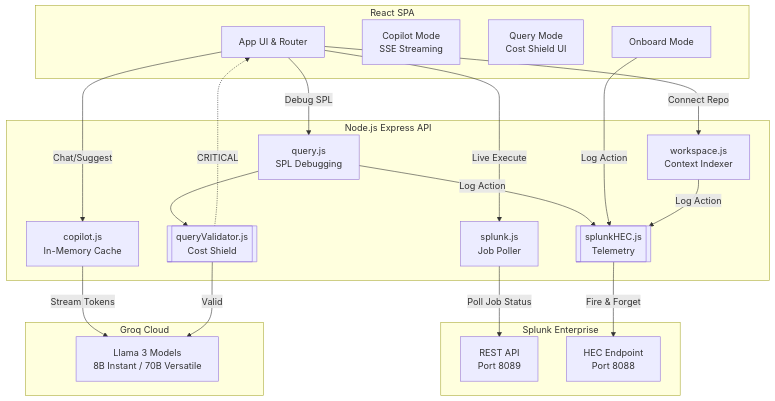
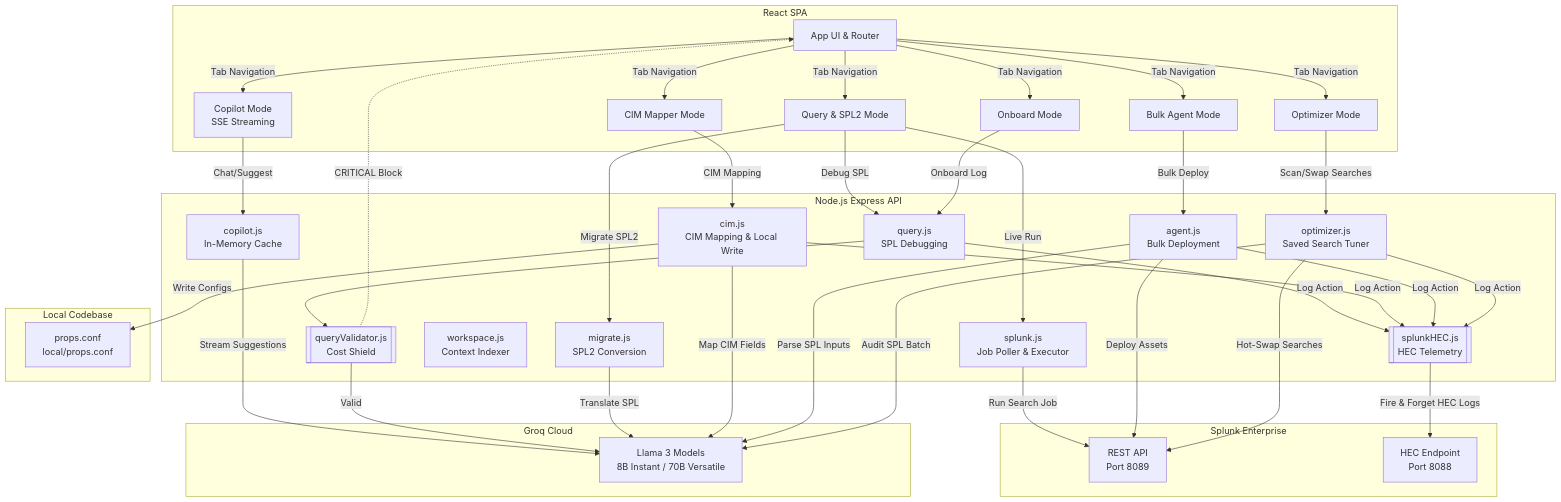
The diagram in README.md (emilmariagiby/splunk-co-dev), drawn with Mermaid before and after one commit. The commit also changed other lines of this file, not shown here.

````diff
--- a/README.md
+++ b/README.md
@@ -33,49 +41,80 @@
 ```mermaid
 graph TD
     %% Frontend Layer
     subgraph Frontend [React SPA]
         UI[App UI & Router]
         CM[Copilot Mode<br>SSE Streaming]
-        QM[Query Mode<br>Cost Shield UI]
+        QM[Query & SPL2 Mode]
         OM[Onboard Mode]
+        AM[Bulk Agent Mode]
+        OP[Optimizer Mode]
+        CIMM[CIM Mapper Mode]
     end
 
     %% Backend Layer
     subgraph Backend [Node.js Express API]
         CR[copilot.js<br>In-Memory Cache]
         QR[query.js<br>SPL Debugging]
-        SR[splunk.js<br>Job Poller]
+        MR[migrate.js<br>SPL2 Conversion]
+        CIMR[cim.js<br>CIM Mapping & Local Write]
+        AR[agent.js<br>Bulk Deployment]
+        OR[optimizer.js<br>Saved Search Tuner]
+        SR[splunk.js<br>Job Poller & Executor]
         WR[workspace.js<br>Context Indexer]
         
         QV[[queryValidator.js<br>Cost Shield]]
-        HEC[[splunkHEC.js<br>Telemetry]]
+        HEC[[splunkHEC.js<br>HEC Telemetry]]
     end
 
     %% External Systems
     subgraph External [Splunk Enterprise]
         REST[REST API<br>Port 8089]
         HECEP[HEC Endpoint<br>Port 8088]
     end
     
+    subgraph Files [Local Codebase]
+        CONF[props.conf<br>local/props.conf]
+    end
+
     subgraph AI [Groq Cloud]
         LLM[Llama 3 Models<br>8B Instant / 70B Versatile]
     end
 
     %% Connections
-    UI --> |Chat/Suggest| CR
-    UI --> |Debug SPL| QR
-    UI --> |Live Execute| SR
-    UI --> |Connect Repo| WR
+    UI --> |Tab Navigation| CM
+    UI --> |Tab Navigation| QM
+    UI --> |Tab Navigation| OM
+    UI --> |Tab Navigation| AM
+    UI --> |Tab Navigation| OP
+    UI --> |Tab Navigation| CIMM
 
-    CR --> |Stream Tokens| LLM
+    CM --> |Chat/Suggest| CR
+    QM --> |Debug SPL| QR
+    QM --> |Migrate SPL2| MR
+    OM --> |Onboard Log| QR
+    CIMM --> |CIM Mapping| CIMR
+    AM --> |Bulk Deploy| AR
+    OP --> |Scan/Swap Searches| OR
+    QM --> |Live Run| SR
+
+    CR --> |Stream Suggestions| LLM
     QR --> QV
     QV --> |Valid| LLM
-    QV -.-> |CRITICAL| UI
+    QV -.-> |CRITICAL Block| UI
+    MR --> |Translate SPL| LLM
+    CIMR --> |Map CIM Fields| LLM
+    CIMR --> |Write Configs| CONF
+    AR --> |Parse SPL Inputs| LLM
+    OR --> |Audit SPL Batch| LLM
+
+    SR --> |Run Search Job| REST
+    AR --> |Deploy Assets| REST
+    OR --> |Hot-Swap Searches| REST
     
-    SR --> |Poll Job Status| REST
+    %% Telemetry Connections
     QR --> |Log Action| HEC
-    OM --> |Log Action| HEC
-    WR --> |Log Action| HEC
-    
-    HEC --> |Fire & Forget| HECEP
+    CIMR --> |Log Action| HEC
+    AR --> |Log Action| HEC
+    OR --> |Log Action| HEC
+    HEC --> |Fire & Forget HEC Logs| HECEP
 ```
````
